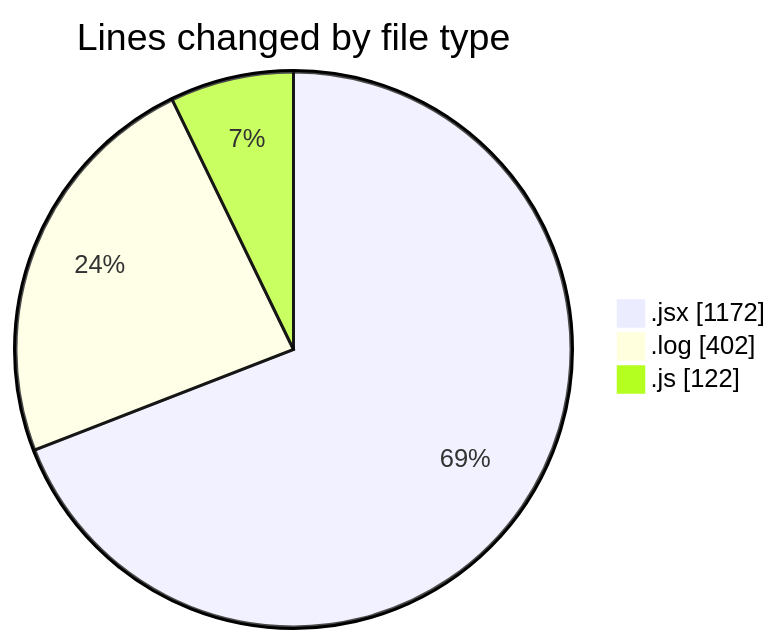
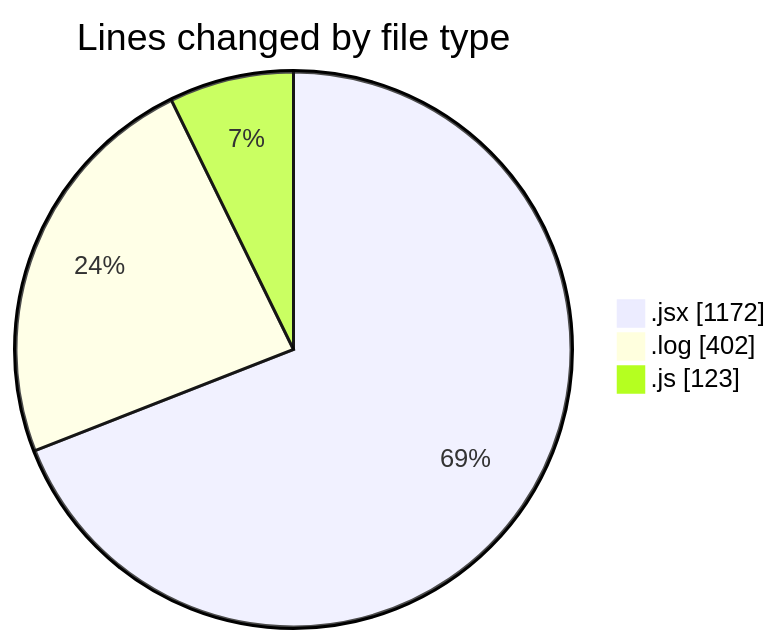
The first of 2 diagrams in 2025-05-02/nxtqube_webapp/README.md (nxtqubesakshisongat/code-tracking), drawn with Mermaid before and after one commit. The commit also changed other lines of this file and 1 other file, not shown here.

````diff
--- a/2025-05-02/nxtqube_webapp/README.md
+++ b/2025-05-02/nxtqube_webapp/README.md
@@ -24,7 +24,7 @@
 ```mermaid
 pie showData
 title Lines changed by file type
 ".jsx" : 1172
 ".log" : 402
-".js" : 122
+".js" : 123
 ```
````
